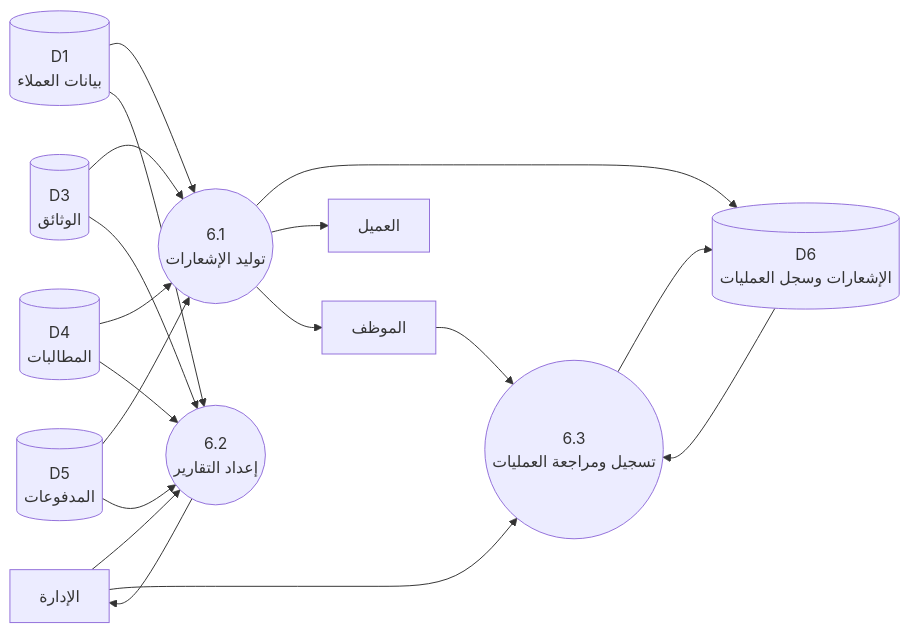
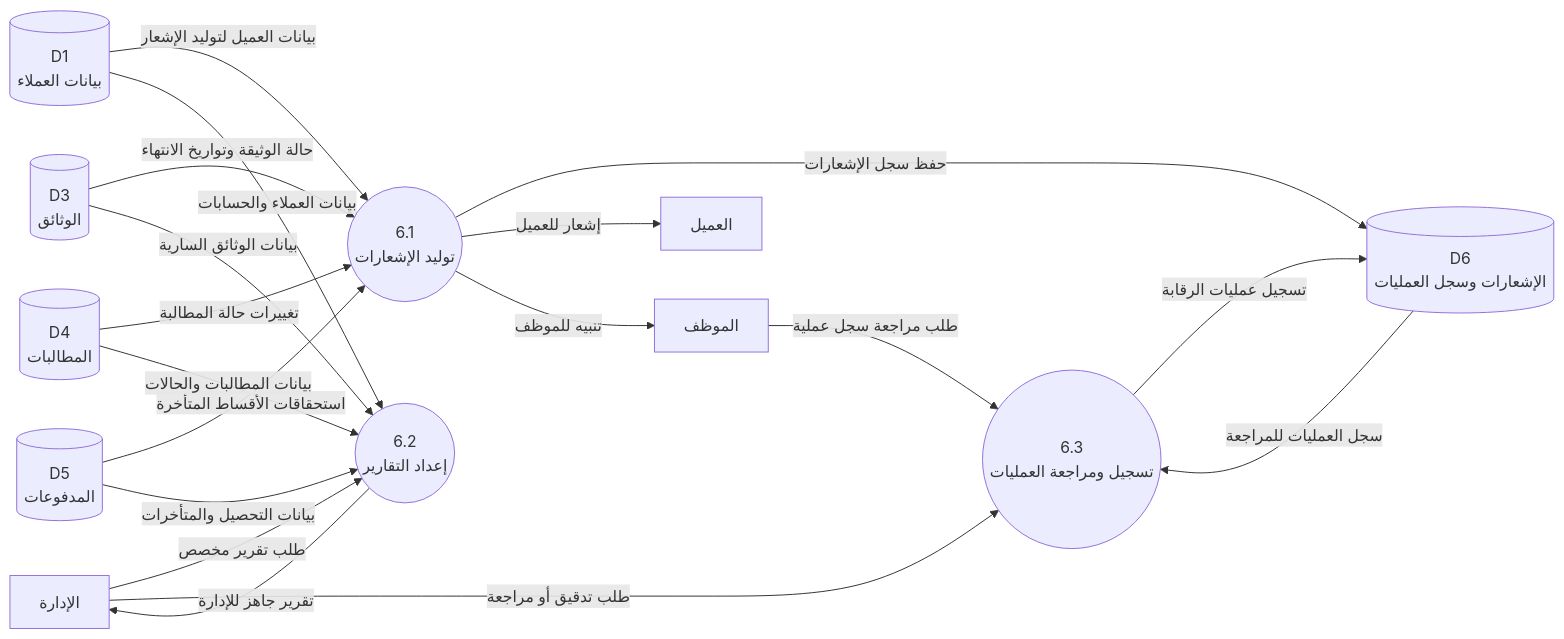
The fifth of 5 diagrams in READMEe.md (mosaa65/erp), drawn with Mermaid before and after one commit. The commit also changed other lines of this file, not shown here.

````diff
--- a/READMEe.md
+++ b/READMEe.md
@@ -233,35 +202,35 @@
 ```mermaid
 flowchart LR
     M[الإدارة]
     E[الموظف]
     C[العميل]
     D1[(D1<br/>بيانات العملاء)]
     D3[(D3<br/>الوثائق)]
     D4[(D4<br/>المطالبات)]
     D5[(D5<br/>المدفوعات)]
     D6[(D6<br/>الإشعارات وسجل العمليات)]
 
     P61((6.1<br/>توليد الإشعارات))
     P62((6.2<br/>إعداد التقارير))
     P63((6.3<br/>تسجيل ومراجعة العمليات))
 
-    D1 --> P61
-    D3 --> P61
-    D4 --> P61
-    D5 --> P61
-    P61 --> D6
-    P61 --> C
-    P61 --> E
+    D1 -- بيانات العميل لتوليد الإشعار --> P61
+    D3 -- حالة الوثيقة وتواريخ الانتهاء --> P61
+    D4 -- تغييرات حالة المطالبة --> P61
+    D5 -- استحقاقات الأقساط المتأخرة --> P61
+    P61 -- حفظ سجل الإشعارات --> D6
+    P61 -- إشعار للعميل --> C
+    P61 -- تنبيه للموظف --> E
 
-    M --> P62
-    D1 --> P62
-    D3 --> P62
-    D4 --> P62
-    D5 --> P62
-    P62 --> M
+    M -- طلب تقرير مخصص --> P62
+    D1 -- بيانات العملاء والحسابات --> P62
+    D3 -- بيانات الوثائق السارية --> P62
+    D4 -- بيانات المطالبات والحالات --> P62
+    D5 -- بيانات التحصيل والمتأخرات --> P62
+    P62 -- تقرير جاهز للإدارة --> M
 
-    E --> P63
-    M --> P63
-    P63 --> D6
-    D6 --> P63
+    E -- طلب مراجعة سجل عملية --> P63
+    M -- طلب تدقيق أو مراجعة --> P63
+    P63 -- تسجيل عمليات الرقابة --> D6
+    D6 -- سجل العمليات للمراجعة --> P63
 ```
````
